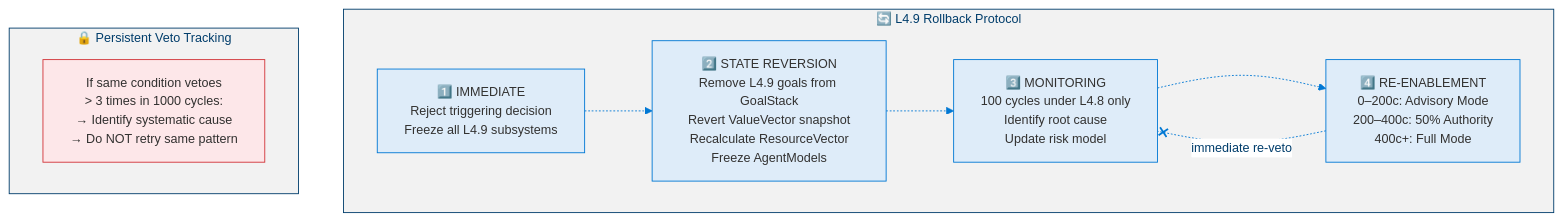
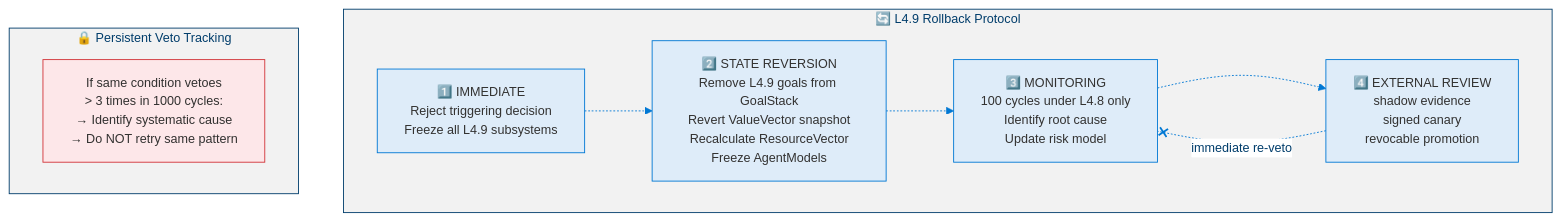
Diagram 16 of 19 in docs/levels/Level_4_9_Autonomous_Strategic_Agent.md (dotnetpower/mscp), drawn with Mermaid before and after one commit. The commit also changed other lines of this file and 21 other files, not shown here.

````diff
--- a/docs/levels/Level_4_9_Autonomous_Strategic_Agent.md
+++ b/docs/levels/Level_4_9_Autonomous_Strategic_Agent.md
@@ -856,20 +881,20 @@
 ```mermaid
 %%{init: {'theme': 'base', 'themeVariables': {'primaryColor': '#0078D4', 'primaryTextColor': '#003D6B', 'primaryBorderColor': '#003D6B', 'secondaryColor': '#50E6FF', 'secondaryTextColor': '#323130', 'secondaryBorderColor': '#00BCF2', 'tertiaryColor': '#F2F2F2', 'tertiaryTextColor': '#323130', 'lineColor': '#0078D4', 'textColor': '#323130', 'mainBkg': '#DEECF9', 'nodeBorder': '#0078D4', 'clusterBkg': '#F2F2F2', 'clusterBorder': '#003D6B', 'titleColor': '#003D6B', 'edgeLabelBackground': '#FFFFFF', 'fontSize': '14px'}}}%%
 flowchart TD
   classDef step fill:#DEECF9,stroke:#0078D4,color:#323130
   classDef danger fill:#FDE7E9,stroke:#D13438,color:#323130
 
   subgraph Rollback["🔄 L4.9 Rollback Protocol"]
     IMM["1️⃣ IMMEDIATE<br/>Reject triggering decision<br/>Freeze all L4.9 subsystems"]:::step
     REV["2️⃣ STATE REVERSION<br/>Remove L4.9 goals from GoalStack<br/>Revert ValueVector snapshot<br/>Recalculate ResourceVector<br/>Freeze AgentModels"]:::step
     MON["3️⃣ MONITORING<br/>100 cycles under L4.8 only<br/>Identify root cause<br/>Update risk model"]:::step
-    REENABLE["4️⃣ RE-ENABLEMENT<br/>0–200c: Advisory Mode<br/>200–400c: 50% Authority<br/>400c+: Full Mode"]:::step
+    REENABLE["4️⃣ EXTERNAL REVIEW<br/>shadow evidence<br/>signed canary<br/>revocable promotion"]:::step
 
     IMM -.-> REV -.-> MON -.-> REENABLE
     REENABLE -.-x|"immediate re-veto"| MON
   end
 
   subgraph Persistent["🔒 Persistent Veto Tracking"]
     PV["If same condition vetoes<br/>> 3 times in 1000 cycles:<br/>→ Identify systematic cause<br/>→ Do NOT retry same pattern"]:::danger
   end
 ```
````
